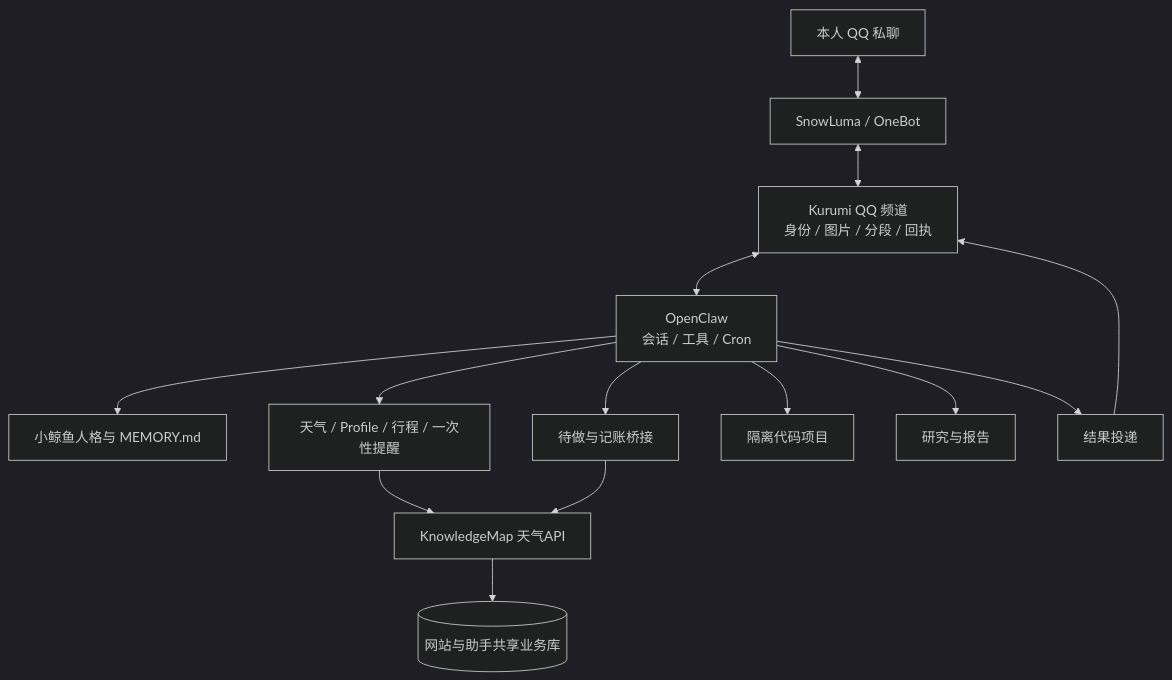
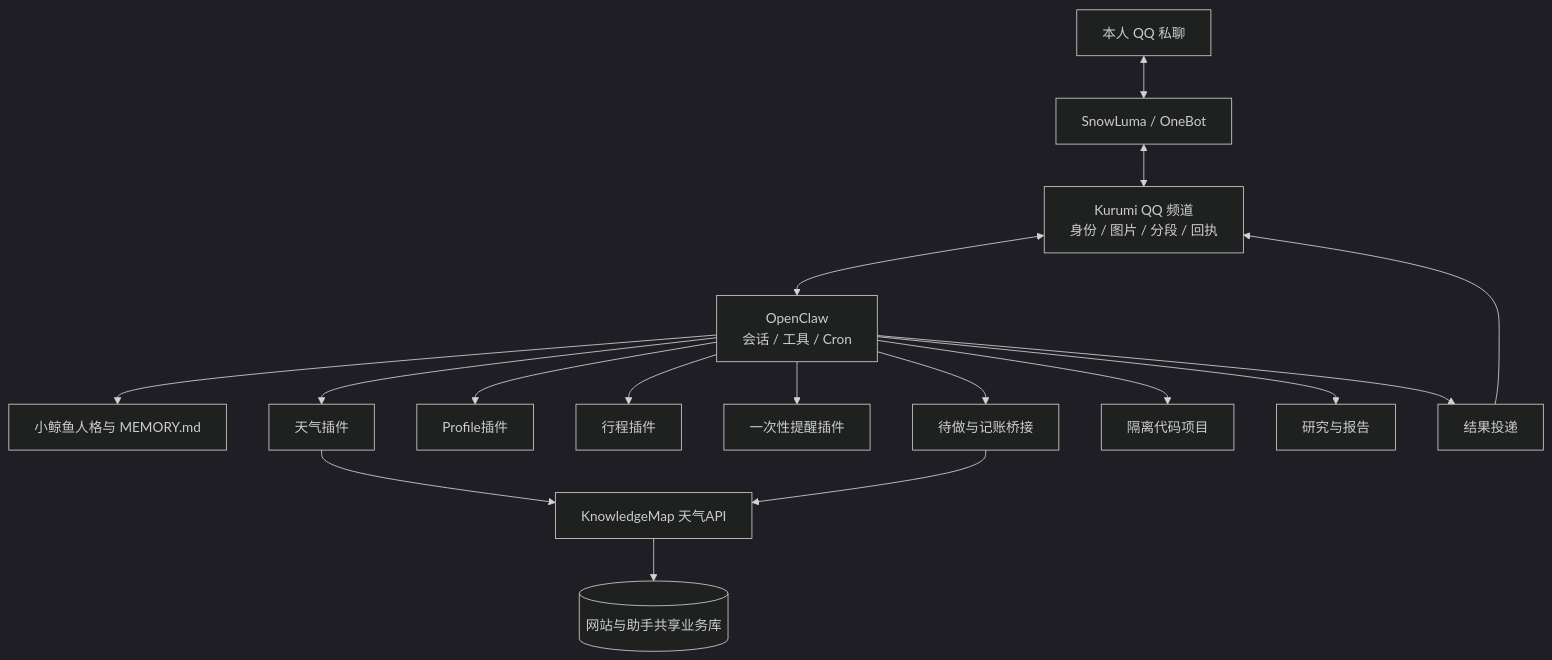
One commit to zsh-afrangry/MyBot changed the diagram in docs/9_QQ融合助手架构与开发计划.md. Above: the diagram before and after it, drawn with Mermaid (dark theme). The commit also changed other lines of this file and 175 other files, not shown here.

````diff
--- a/docs/9_QQ融合助手架构与开发计划.md
+++ b/docs/9_QQ融合助手架构与开发计划.md
@@ -9,16 +9,19 @@
 ```mermaid
 flowchart TD
   Q[本人 QQ 私聊] <--> S[SnowLuma / OneBot]
   S <--> C[Kurumi QQ 频道\n身份 / 图片 / 分段 / 回执]
   C <--> O[OpenClaw\n会话 / 工具 / Cron]
   O --> P[小鲸鱼人格与 MEMORY.md]
-  O --> B[天气 / Profile / 行程 / 一次性提醒]
+  O --> B[天气插件]
+  O --> PF[Profile插件]
+  O --> PL[行程插件]
+  O --> RM[一次性提醒插件]
   O --> K[待做与记账桥接]
   B --> API[KnowledgeMap 天气API]
   K --> API
   API --> DB[(网站与助手共享业务库)]
   O --> W[隔离代码项目]
   O --> R[研究与报告]
   O --> D[结果投递]
   D --> C
 ```
````
